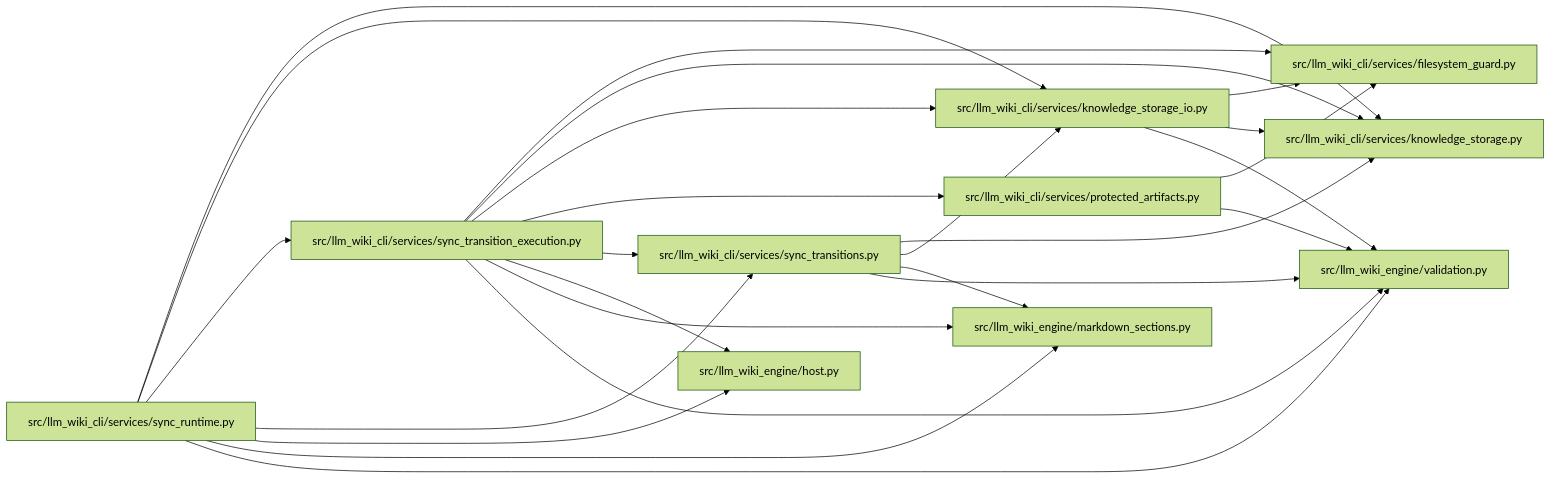
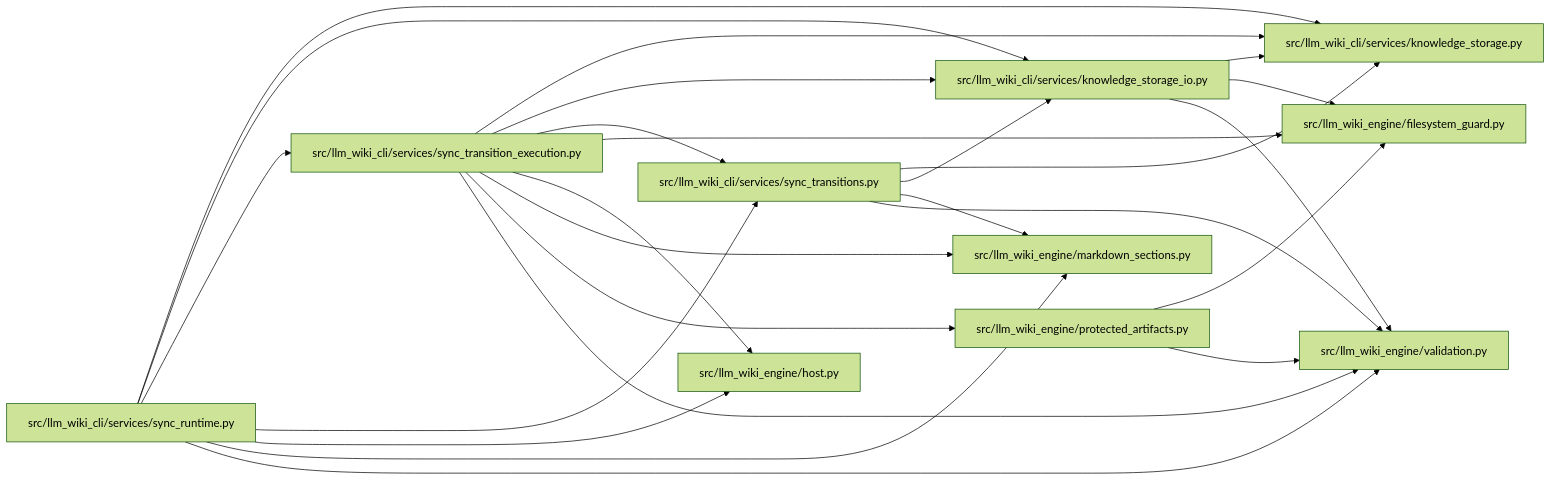
The diagram in docs/llm_wiki/modules/sync_transition_execution.md (Denissvgn/python-wiki-llm), drawn with Mermaid (forest theme) before and after one commit. The commit also changed other lines of this file and 739 other files, not shown here.

First line of the commit message:
docs: refresh the wiki for the second engine batch

````diff
--- a/docs/llm_wiki/modules/sync_transition_execution.md
+++ b/docs/llm_wiki/modules/sync_transition_execution.md
@@ -31,47 +31,47 @@
 ```mermaid
 flowchart LR
-    n0["src/llm_wiki_cli/services/filesystem_guard.py"]
-    n1["src/llm_wiki_cli/services/knowledge_storage.py"]
-    n2["src/llm_wiki_cli/services/knowledge_storage_io.py"]
-    n3["src/llm_wiki_cli/services/protected_artifacts.py"]
-    n4["src/llm_wiki_cli/services/sync_runtime.py"]
-    n5["src/llm_wiki_cli/services/sync_transition_execution.py"]
-    n6["src/llm_wiki_cli/services/sync_transitions.py"]
-    n7["src/llm_wiki_engine/host.py"]
-    n8["src/llm_wiki_engine/markdown_sections.py"]
+    n0["src/llm_wiki_cli/services/knowledge_storage.py"]
+    n1["src/llm_wiki_cli/services/knowledge_storage_io.py"]
+    n2["src/llm_wiki_cli/services/sync_runtime.py"]
+    n3["src/llm_wiki_cli/services/sync_transition_execution.py"]
+    n4["src/llm_wiki_cli/services/sync_transitions.py"]
+    n5["src/llm_wiki_engine/filesystem_guard.py"]
+    n6["src/llm_wiki_engine/host.py"]
+    n7["src/llm_wiki_engine/markdown_sections.py"]
+    n8["src/llm_wiki_engine/protected_artifacts.py"]
     n9["src/llm_wiki_engine/validation.py"]
+    n1 --> n0
+    n1 --> n5
+    n1 --> n9
     n2 --> n0
     n2 --> n1
+    n2 --> n3
+    n2 --> n4
+    n2 --> n6
+    n2 --> n7
     n2 --> n9
     n3 --> n0
+    n3 --> n1
+    n3 --> n4
+    n3 --> n5
+    n3 --> n6
+    n3 --> n7
+    n3 --> n8
     n3 --> n9
+    n4 --> n0
     n4 --> n1
-    n4 --> n2
-    n4 --> n5
-    n4 --> n6
     n4 --> n7
-    n4 --> n8
     n4 --> n9
-    n5 --> n0
-    n5 --> n1
-    n5 --> n2
-    n5 --> n3
-    n5 --> n6
-    n5 --> n7
-    n5 --> n8
-    n5 --> n9
-    n6 --> n1
-    n6 --> n2
-    n6 --> n8
-    n6 --> n9
-    click n0 "../modules/filesystem_guard.md"
-    click n1 "../modules/knowledge_storage.md"
-    click n2 "../modules/knowledge_storage_io.md"
-    click n3 "../modules/protected_artifacts.md"
-    click n4 "../modules/sync_runtime.md"
-    click n5 "../modules/sync_transition_execution.md"
-    click n6 "../modules/sync_transitions.md"
-    click n7 "../modules/host.md"
-    click n8 "../modules/markdown_sections.md"
+    n8 --> n5
+    n8 --> n9
+    click n0 "../modules/knowledge_storage.md"
+    click n1 "../modules/knowledge_storage_io.md"
+    click n2 "../modules/sync_runtime.md"
+    click n3 "../modules/sync_transition_execution.md"
+    click n4 "../modules/sync_transitions.md"
+    click n5 "../modules/filesystem_guard.md"
+    click n6 "../modules/host.md"
+    click n7 "../modules/markdown_sections.md"
+    click n8 "../modules/protected_artifacts.md"
     click n9 "../modules/validation.md"
 ```
````
